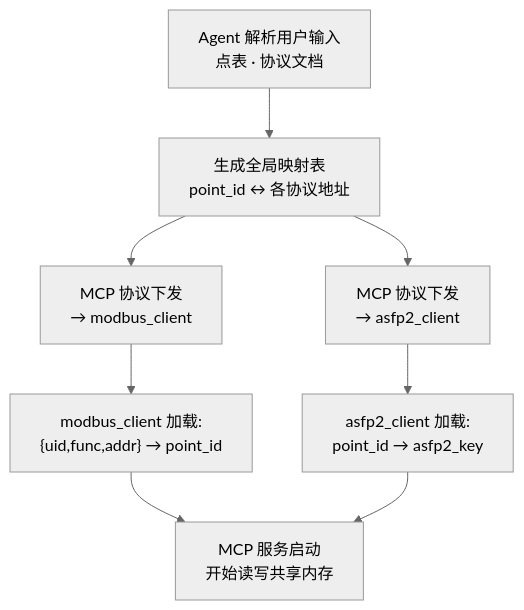
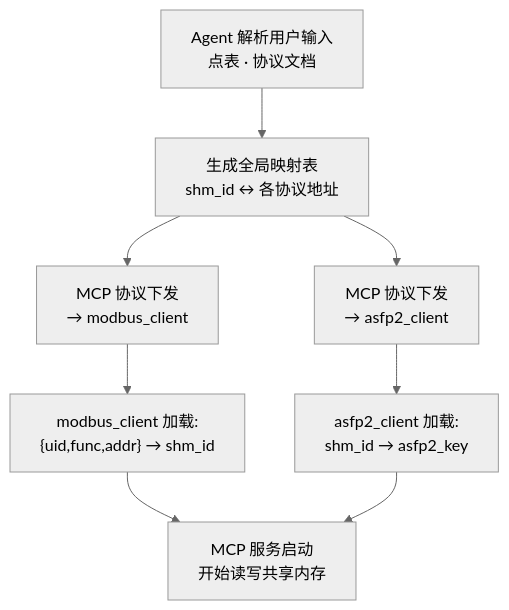
Before and after one commit to activesys/c4: the fourth of 16 diagrams in docs/design/c4_architecture.md, drawn with Mermaid (neutral theme). The commit also changed other lines of this file and 2 other files, not shown here.

````diff
--- a/docs/design/c4_architecture.md
+++ b/docs/design/c4_architecture.md
@@ -362,10 +362,10 @@
 ```mermaid
 flowchart TB
-    A["Agent 解析用户输入<br/>点表 · 协议文档"] --> B["生成全局映射表<br/>point_id ↔ 各协议地址"]
+    A["Agent 解析用户输入<br/>点表 · 协议文档"] --> B["生成全局映射表<br/>shm_id ↔ 各协议地址"]
     B --> C1["MCP 协议下发<br/>→ modbus_client"]
     B --> C2["MCP 协议下发<br/>→ asfp2_client"]
-    C1 --> D1["modbus_client 加载:<br/>{uid,func,addr} → point_id"]
-    C2 --> D2["asfp2_client 加载:<br/>point_id → asfp2_key"]
+    C1 --> D1["modbus_client 加载:<br/>{uid,func,addr} → shm_id"]
+    C2 --> D2["asfp2_client 加载:<br/>shm_id → asfp2_key"]
     D1 --> E["MCP 服务启动<br/>开始读写共享内存"]
     D2 --> E
 ```
````
